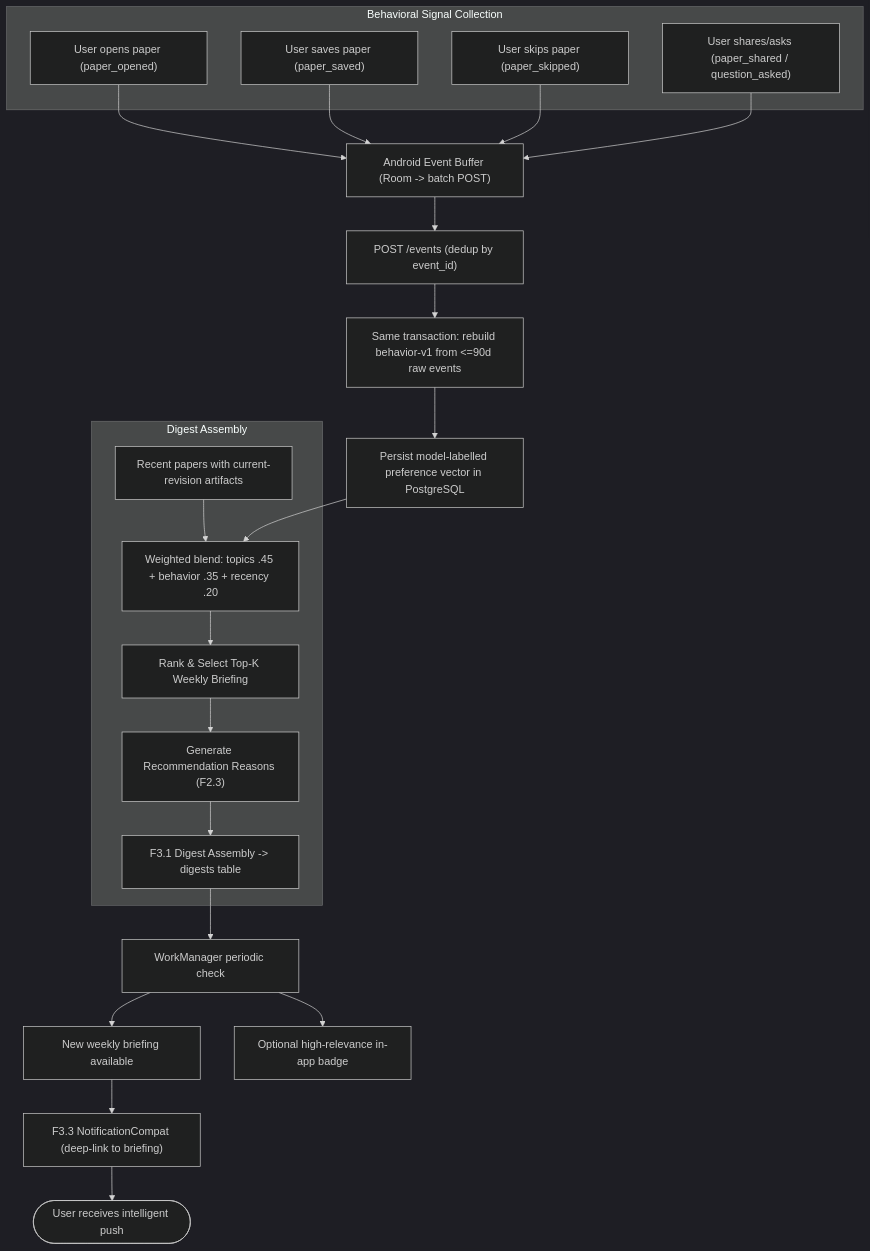
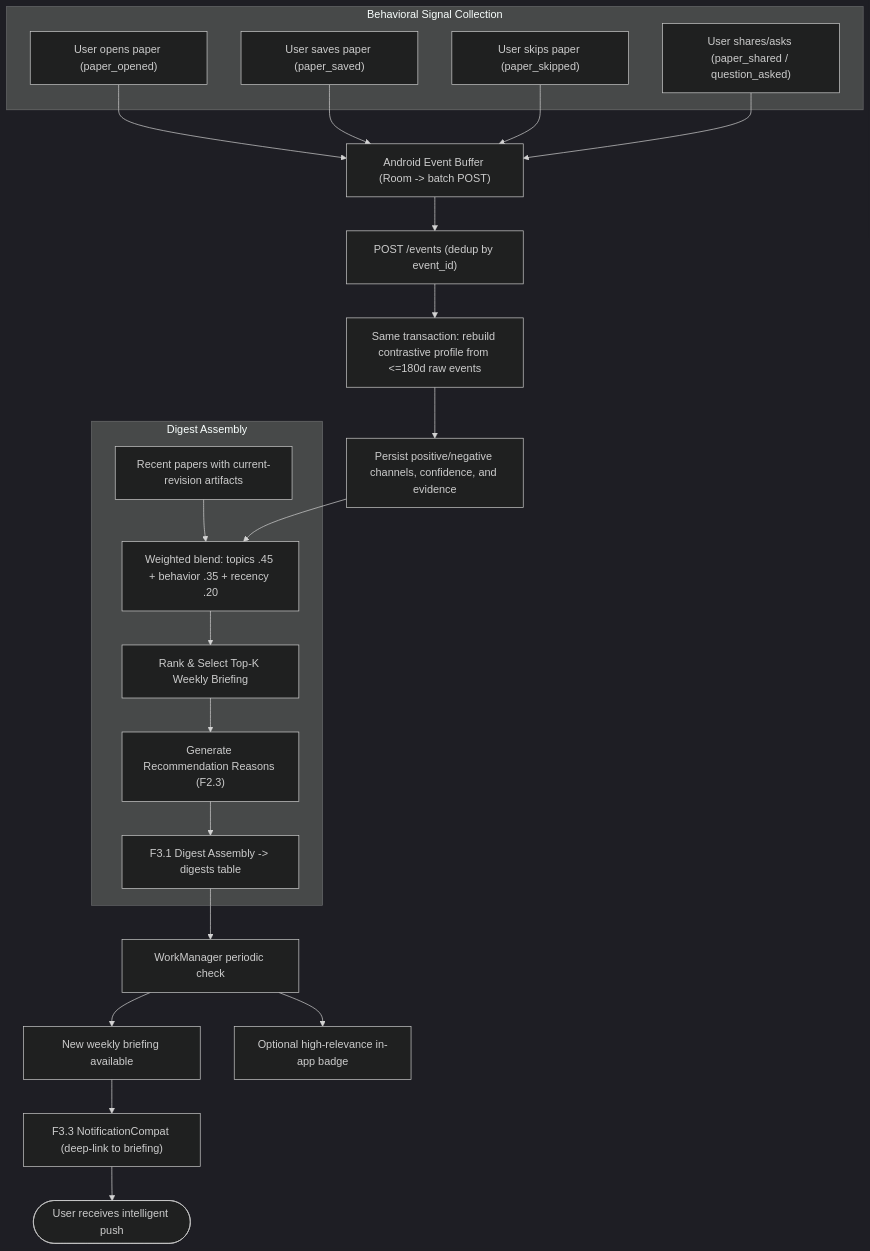
Before and after one commit to YUcxovo/MNEME: the third of 4 diagrams in README.md, drawn with Mermaid (dark theme). The commit also changed other lines of this file and 4 other files, not shown here.

Commit message:
docs(behavior): align active profile architecture [no-test]

````diff
--- a/README.md
+++ b/README.md
@@ -329,40 +331,40 @@
 ```mermaid
 flowchart TD
     subgraph Signal["Behavioral Signal Collection"]
         E1["User opens paper (paper_opened)"]
         E2["User saves paper (paper_saved)"]
         E3["User skips paper (paper_skipped)"]
         E4["User shares/asks (paper_shared / question_asked)"]
     end
 
     E1 --> QUEUE["Android Event Buffer (Room -> batch POST)"]
     E2 --> QUEUE
     E3 --> QUEUE
     E4 --> QUEUE
 
     QUEUE --> INGEST["POST /events (dedup by event_id)"]
-    INGEST --> UPDATE["Same transaction: rebuild behavior-v1 from <=90d raw events"]
-    UPDATE --> PREFS["Persist model-labelled preference vector in PostgreSQL"]
+    INGEST --> UPDATE["Same transaction: rebuild contrastive profile from <=180d raw events"]
+    UPDATE --> PREFS["Persist positive/negative channels, confidence, and evidence"]
 
     subgraph Digest["Digest Assembly"]
         CANDIDATES["Recent papers with current-revision artifacts"]
         SCORE["Weighted blend: topics .45 + behavior .35 + recency .20"]
         RANK["Rank & Select Top-K Weekly Briefing"]
         REASONS["Generate Recommendation Reasons (F2.3)"]
         ASSEMBLE["F3.1 Digest Assembly -> digests table"]
     end
 
     CANDIDATES --> SCORE
     PREFS --> SCORE
     SCORE --> RANK
     RANK --> REASONS
     REASONS --> ASSEMBLE
 
     ASSEMBLE --> POLL["WorkManager periodic check"]
     POLL --> NOTIF_W["New weekly briefing available"]
     POLL --> BADGE["Optional high-relevance in-app badge"]
 
     NOTIF_W --> ANDROID_N["F3.3 NotificationCompat (deep-link to briefing)"]
 
     ANDROID_N --> USER(["User receives intelligent push"])
 ```
````
